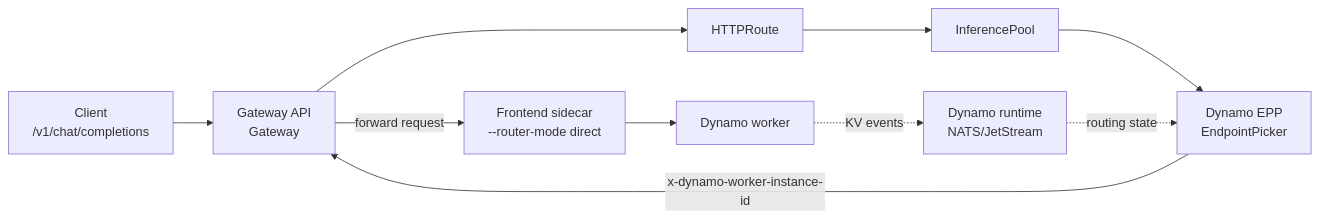
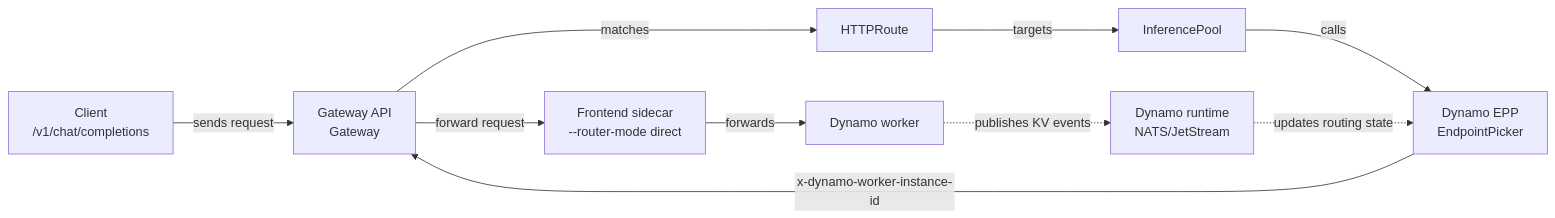
One commit to Nicoh25/dynamo changed the first of 2 diagrams in docs/kubernetes/gateway-api/README.mdx. Above: the diagram before and after it, drawn with Mermaid. The commit also changed other lines of this file, not shown here.

Commit message:
fixup! docs/kubernetes: add GAIE quickstart

````diff
--- a/docs/kubernetes/gateway-api/README.mdx
+++ b/docs/kubernetes/gateway-api/README.mdx
@@ -41,12 +41,12 @@
 ```mermaid
 flowchart LR
-    Client["Client<br/>/v1/chat/completions"] --> Gateway["Gateway API<br/>Gateway"]
-    Gateway --> Route["HTTPRoute"]
-    Route --> Pool["InferencePool"]
-    Pool --> EPP["Dynamo EPP<br/>EndpointPicker"]
+    Client["Client<br/>/v1/chat/completions"] -->|"sends request"| Gateway["Gateway API<br/>Gateway"]
+    Gateway -->|"matches"| Route["HTTPRoute"]
+    Route -->|"targets"| Pool["InferencePool"]
+    Pool -->|"calls"| EPP["Dynamo EPP<br/>EndpointPicker"]
     EPP -->|"x-dynamo-worker-instance-id"| Gateway
     Gateway -->|"forward request"| Sidecar["Frontend sidecar<br/>--router-mode direct"]
-    Sidecar --> Worker["Dynamo worker"]
-    Worker -. "KV events" .-> Runtime["Dynamo runtime<br/>NATS/JetStream"]
-    Runtime -. "routing state" .-> EPP
+    Sidecar -->|"forwards"| Worker["Dynamo worker"]
+    Worker -. "publishes KV events" .-> Runtime["Dynamo runtime<br/>NATS/JetStream"]
+    Runtime -. "updates routing state" .-> EPP
 ```
````
